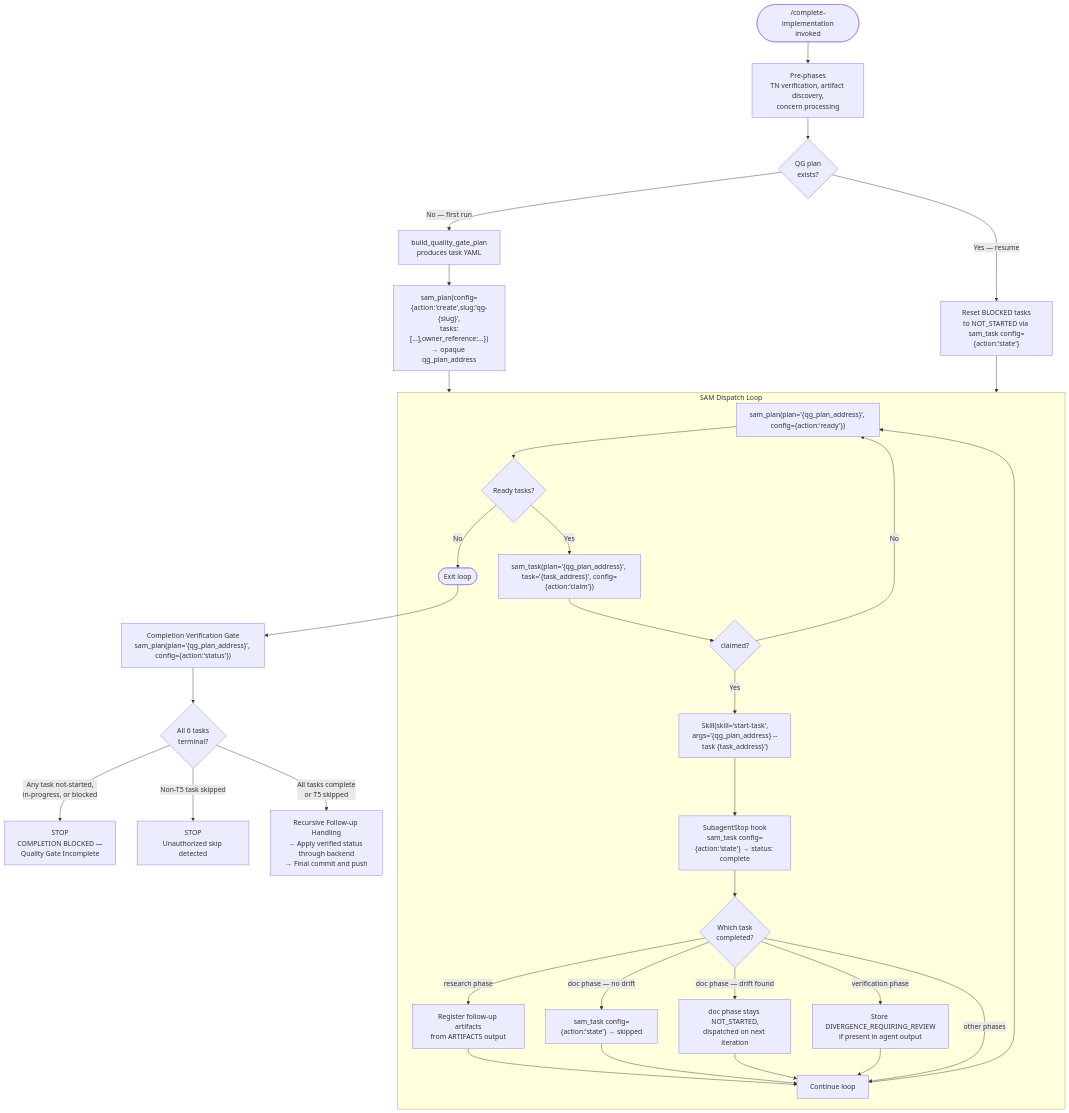
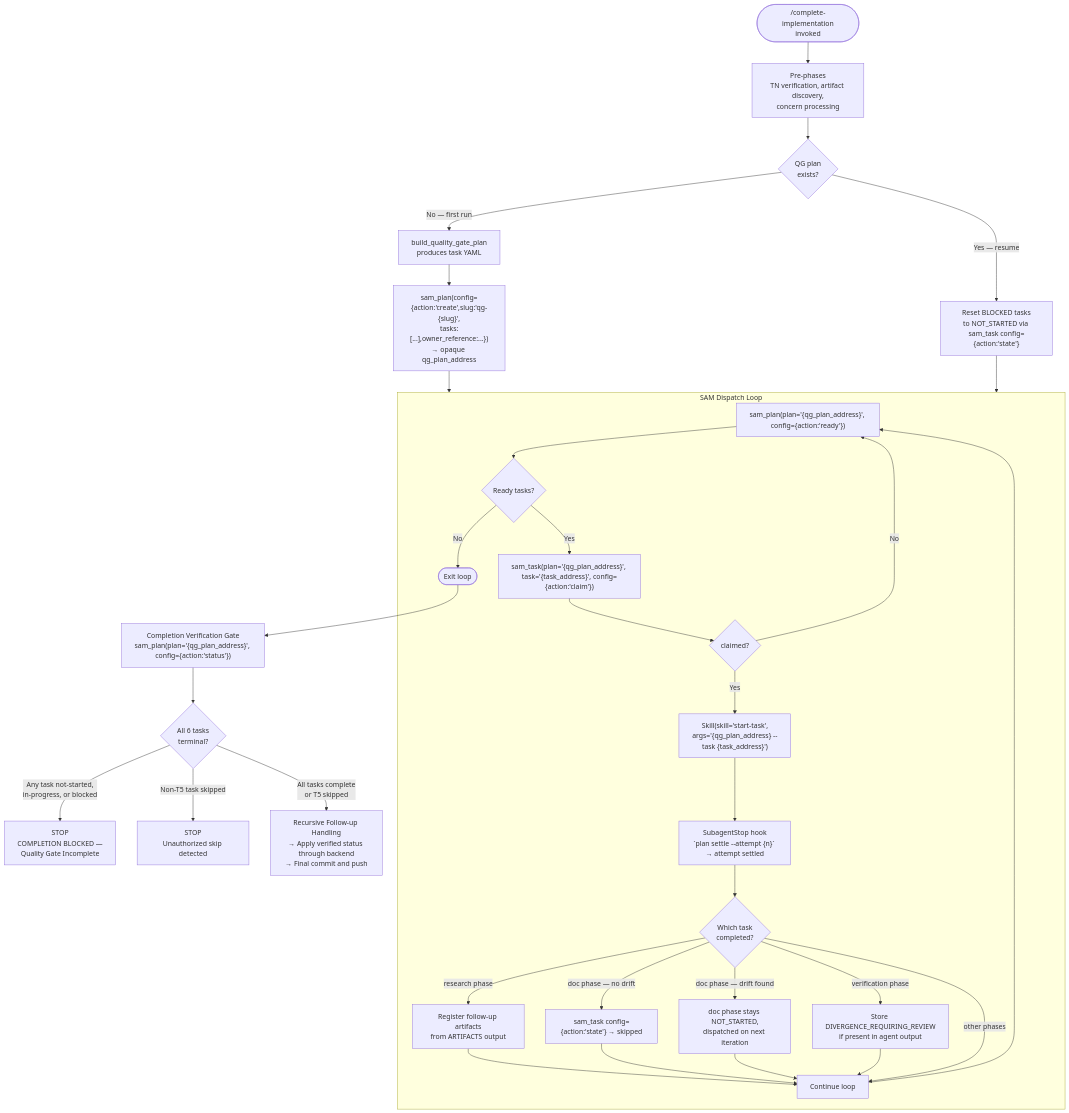
Before and after one commit to Jamie-BitFlight/claude_skills: the fifth of 5 diagrams in plugins/development-harness/docs/workflow-architecture-diagram.md, drawn with Mermaid. The commit also changed other lines of this file and 12 other files, not shown here.

````diff
--- a/plugins/development-harness/docs/workflow-architecture-diagram.md
+++ b/plugins/development-harness/docs/workflow-architecture-diagram.md
@@ -440,37 +441,37 @@
 ```mermaid
 flowchart TD
     Start(["/complete-implementation<br>invoked"]) --> PrePhase["Pre-phases<br>TN verification, artifact discovery,<br>concern processing"]
     PrePhase --> CheckQG{QG plan<br>exists?}
     CheckQG -->|"No — first run"| GenYAML["build_quality_gate_plan<br>produces task YAML"]
     GenYAML --> CreatePlan["sam_plan(config={action:'create',slug:'qg-{slug}',<br>tasks:[...],owner_reference:...})<br>→ opaque qg_plan_address"]
     CheckQG -->|"Yes — resume"| ResetBlocked["Reset BLOCKED tasks<br>to NOT_STARTED via sam_task config={action:'state'}"]
     CreatePlan --> DispatchLoop
     ResetBlocked --> DispatchLoop
 
     subgraph DispatchLoop [SAM Dispatch Loop]
         Ready["sam_plan(plan='{qg_plan_address}', config={action:'ready'})"] --> AnyReady{Ready tasks?}
         AnyReady -->|No| ExitLoop([Exit loop])
         AnyReady -->|Yes| Claim["sam_task(plan='{qg_plan_address}', task='{task_address}', config={action:'claim'})"]
         Claim --> ClaimedOK{claimed?}
         ClaimedOK -->|No| Ready
         ClaimedOK -->|Yes| Dispatch["Skill(skill='start-task',<br>args='{qg_plan_address} --task {task_address}')"]
-        Dispatch --> Hook["SubagentStop hook<br>sam_task config={action:'state'} → status: complete"]
+        Dispatch --> Hook["SubagentStop hook<br>`plan settle --attempt {n}` → attempt settled"]
         Hook --> PostDispatch{Which task<br>completed?}
         PostDispatch -->|"research phase"| StoreFollowups["Register follow-up artifacts<br>from ARTIFACTS output"]
         PostDispatch -->|"doc phase — no drift"| SkipT5["sam_task config={action:'state'} → skipped"]
         PostDispatch -->|"doc phase — drift found"| T5Ready["doc phase stays NOT_STARTED,<br>dispatched on next iteration"]
         PostDispatch -->|"verification phase"| StoreDiv["Store DIVERGENCE_REQUIRING_REVIEW<br>if present in agent output"]
         PostDispatch -->|"other phases"| NextIter["Continue loop"]
         StoreFollowups --> NextIter
         SkipT5 --> NextIter
         T5Ready --> NextIter
         StoreDiv --> NextIter
         NextIter --> Ready
     end
 
     ExitLoop --> VGate["Completion Verification Gate<br>sam_plan(plan='{qg_plan_address}', config={action:'status'})"]
     VGate --> VerifyAll{All 6 tasks<br>terminal?}
     VerifyAll -->|"Any task not-started,<br>in-progress, or blocked"| BlockFail["STOP<br>COMPLETION BLOCKED —<br>Quality Gate Incomplete"]
     VerifyAll -->|"Non-T5 task skipped"| BlockUnauth["STOP<br>Unauthorized skip detected"]
     VerifyAll -->|"All tasks complete<br>or T5 skipped"| PostLoop["Recursive Follow-up Handling<br>→ Apply verified status through backend<br>→ Final commit and push"]
 ```
````
